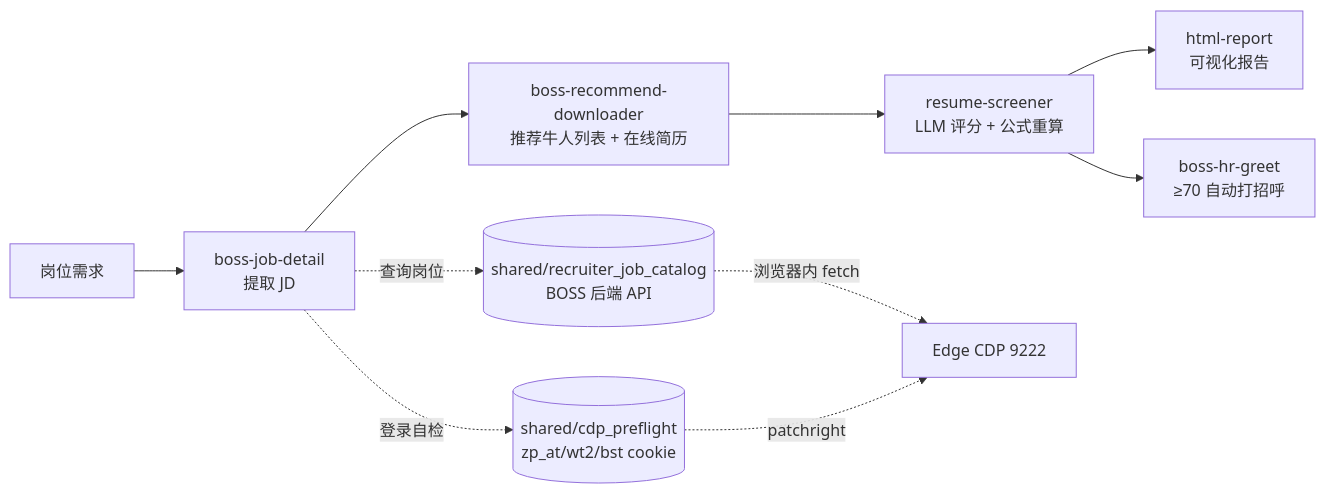
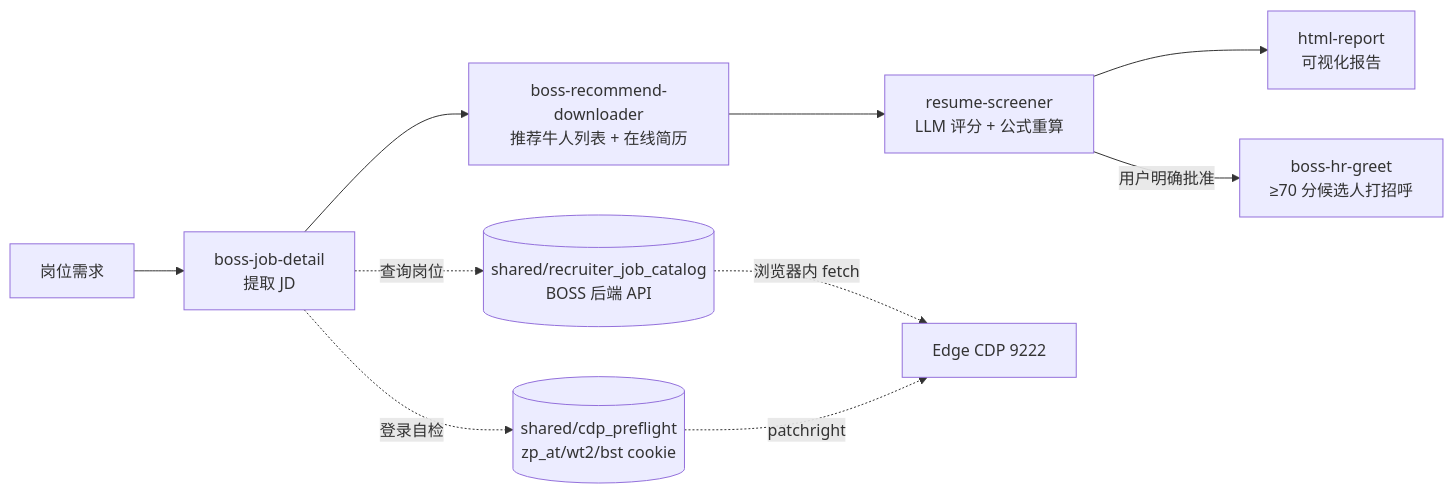
The diagram in README.md (neflibata92-svg/HR-recruiting-assistant), drawn with Mermaid before and after one commit. The commit also changed other lines of this file, not shown here.

````diff
--- a/README.md
+++ b/README.md
@@ -148,12 +170,12 @@
 ```mermaid
 flowchart LR
     A[岗位需求] --> B[boss-job-detail<br/>提取 JD]
     B --> C[boss-recommend-downloader<br/>推荐牛人列表 + 在线简历]
     C --> D[resume-screener<br/>LLM 评分 + 公式重算]
     D --> E[html-report<br/>可视化报告]
-    D --> F[boss-hr-greet<br/>≥70 自动打招呼]
+    D -->|用户明确批准| F[boss-hr-greet<br/>≥70 分候选人打招呼]
     B -.->|查询岗位| G[(shared/recruiter_job_catalog<br/>BOSS 后端 API)]
     B -.->|登录自检| H[(shared/cdp_preflight<br/>zp_at/wt2/bst cookie)]
     G -.->|浏览器内 fetch| I[Edge CDP 9222]
     H -.->|patchright| I
 ```
````
